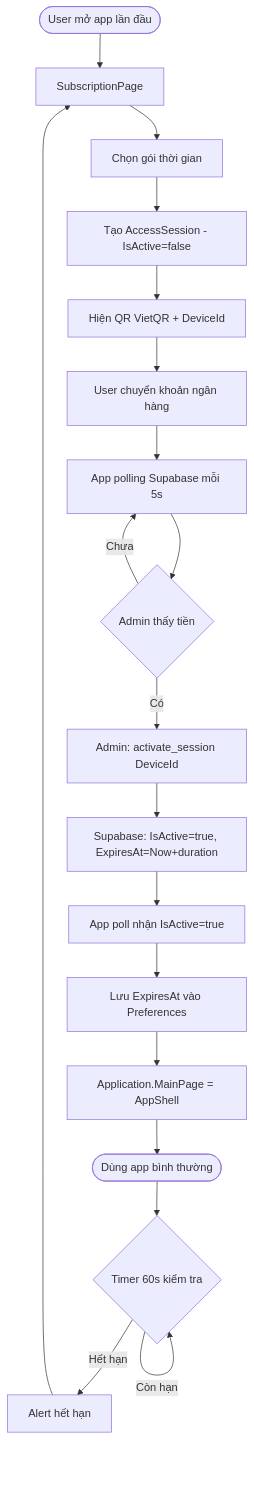
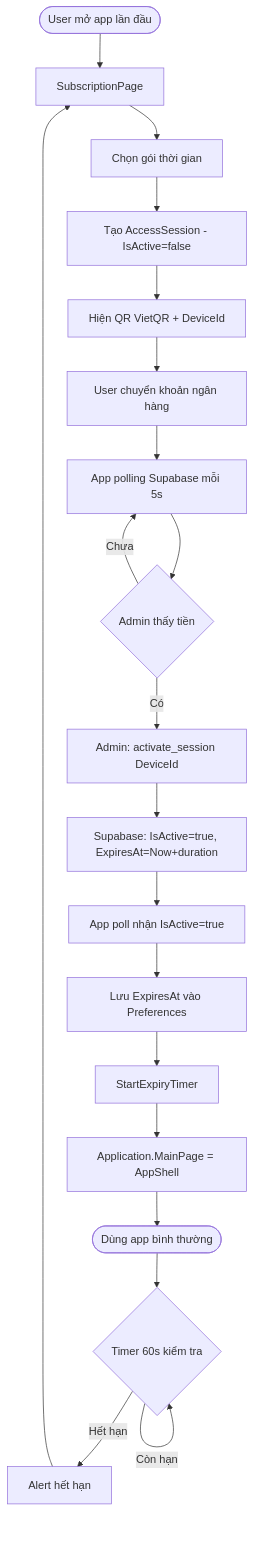
Before and after one commit to MTai55/TourguideProjectApp: diagram 18 of 21 in PRD.md, drawn with Mermaid. The commit also changed other lines of this file, not shown here.

Commit message:
diagrams

````diff
--- a/PRD.md
+++ b/PRD.md
@@ -1493,21 +1491,22 @@
 ```mermaid
 flowchart TD
     A([User mở app lần đầu]) --> B[SubscriptionPage]
     B --> C[Chọn gói thời gian]
     C --> D[Tạo AccessSession - IsActive=false]
     D --> E[Hiện QR VietQR + DeviceId]
     E --> F[User chuyển khoản ngân hàng]
     F --> G[App polling Supabase mỗi 5s]
     G --> H{Admin thấy tiền}
     H -->|Chưa| G
     H -->|Có| I[Admin: activate_session DeviceId]
     I --> J[Supabase: IsActive=true, ExpiresAt=Now+duration]
     J --> K[App poll nhận IsActive=true]
     K --> L[Lưu ExpiresAt vào Preferences]
-    L --> M[Application.MainPage = AppShell]
+    L --> LA[StartExpiryTimer]
+    LA --> M[Application.MainPage = AppShell]
     M --> N([Dùng app bình thường])
     N --> O{Timer 60s kiểm tra}
     O -->|Còn hạn| O
     O -->|Hết hạn| P[Alert hết hạn]
     P --> B
 ```
````
